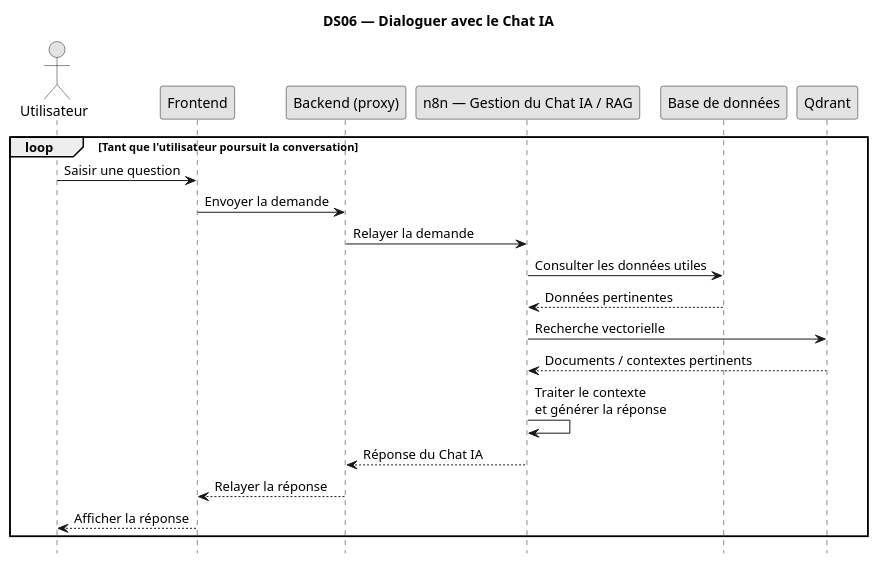
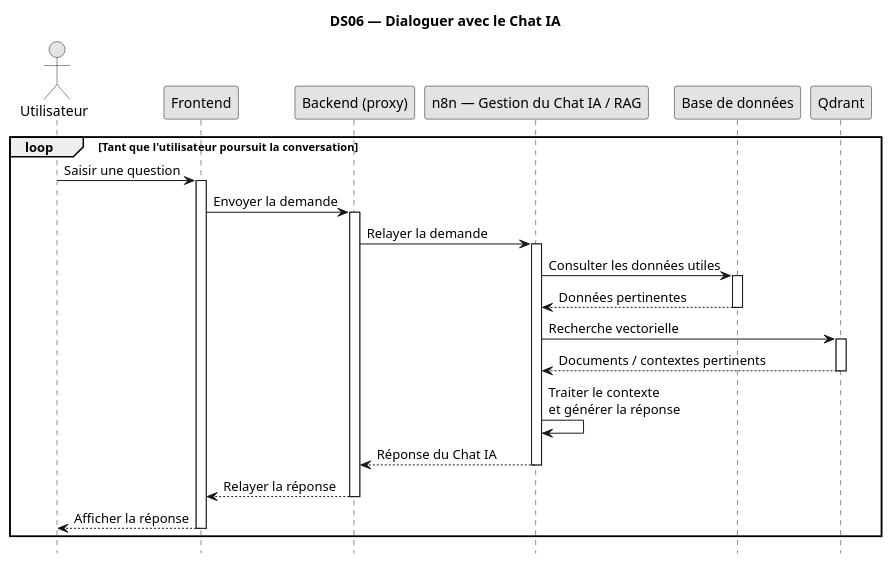
One commit to TkAbeleon/NoteAcemiqueProjetSoutenanceL3 changed the diagram in UML_JeryMotro/DS06_Dialoguer_chat_IA.plantuml. Above: the diagram before and after it, drawn with PlantUML. The commit also changed 17 other files, not shown here.

Commit message:
style(DS): standardiser les activations UML

```diff
--- a/UML_JeryMotro/DS06_Dialoguer_chat_IA.plantuml
+++ b/UML_JeryMotro/DS06_Dialoguer_chat_IA.plantuml
@@ -1,35 +1,45 @@
 @startuml
 skinparam monochrome true
 
 title DS06 — Dialoguer avec le Chat IA
 hide footbox
 skinparam shadowing false
 
 actor "Utilisateur" as U
 participant "Frontend" as F
 participant "Backend (proxy)" as B
 participant "n8n — Gestion du Chat IA / RAG" as N8N
 participant "Base de données" as DB
 participant "Qdrant" as Q
 
 loop Tant que l'utilisateur poursuit la conversation
 
     U -> F : Saisir une question
+    activate F
     F -> B : Envoyer la demande
+    activate B
     B -> N8N : Relayer la demande
+    activate N8N
 
     N8N -> DB : Consulter les données utiles
+    activate DB
     DB --> N8N : Données pertinentes
+    deactivate DB
 
     N8N -> Q : Recherche vectorielle
+    activate Q
     Q --> N8N : Documents / contextes pertinents
+    deactivate Q
 
     N8N -> N8N : Traiter le contexte\net générer la réponse
 
     N8N --> B : Réponse du Chat IA
+    deactivate N8N
     B --> F : Relayer la réponse
+    deactivate B
     F --> U : Afficher la réponse
+    deactivate F
 
 end
 
 @enduml
```
